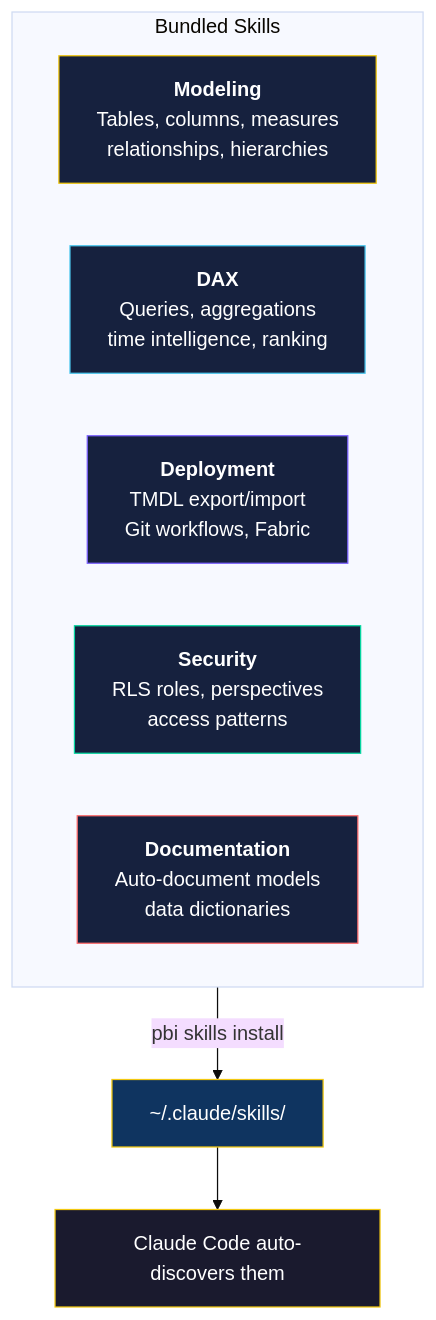
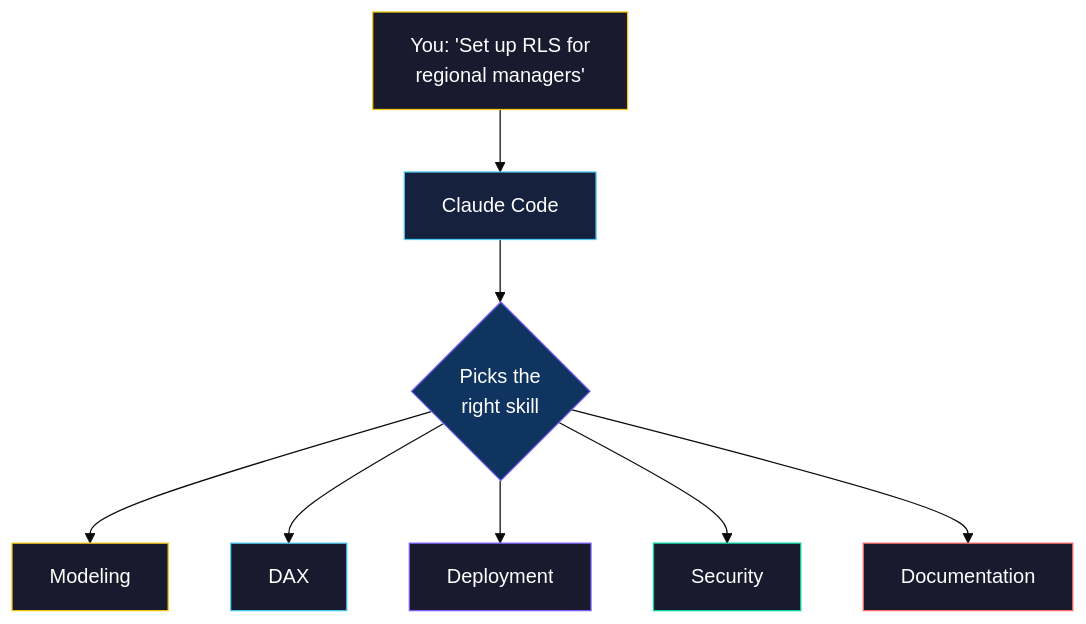
The second of 3 diagrams in README.md (adamreichenbach/pbi-cli), drawn with Mermaid (base theme) before and after one commit. The commit also changed other lines of this file, not shown here.

First line of the commit message:
docs: restructure README around skills-first workflow

````diff
--- a/README.md
+++ b/README.md
@@ -229,21 +64,19 @@
 ```mermaid
 graph TD
-    subgraph Skills["Bundled Skills"]
-        S1["<b>Modeling</b><br/>Tables, columns, measures<br/>relationships, hierarchies"]
-        S2["<b>DAX</b><br/>Queries, aggregations<br/>time intelligence, ranking"]
-        S3["<b>Deployment</b><br/>TMDL export/import<br/>Git workflows, Fabric"]
-        S4["<b>Security</b><br/>RLS roles, perspectives<br/>access patterns"]
-        S5["<b>Documentation</b><br/>Auto-document models<br/>data dictionaries"]
-    end
+    YOU["You: 'Set up RLS for<br/>regional managers'"] --> CC["Claude Code"]
+    CC --> SK{"Picks the<br/>right skill"}
+    SK --> S1["Modeling"]
+    SK --> S2["DAX"]
+    SK --> S3["Deployment"]
+    SK --> S4["Security"]
+    SK --> S5["Documentation"]
 
-    Skills -->|"pbi skills install"| CC["~/.claude/skills/"]
-    CC --> AI["Claude Code auto-discovers them"]
-
-    style S1 fill:#16213e,stroke:#f2c811,color:#fff
-    style S2 fill:#16213e,stroke:#4cc9f0,color:#fff
-    style S3 fill:#16213e,stroke:#7b61ff,color:#fff
-    style S4 fill:#16213e,stroke:#06d6a0,color:#fff
-    style S5 fill:#16213e,stroke:#ff6b6b,color:#fff
-    style CC fill:#0f3460,stroke:#f2c811,color:#fff
-    style AI fill:#1a1a2e,stroke:#f2c811,color:#fff
+    style YOU fill:#1a1a2e,stroke:#f2c811,color:#fff
+    style CC fill:#16213e,stroke:#4cc9f0,color:#fff
+    style SK fill:#0f3460,stroke:#7b61ff,color:#fff
+    style S1 fill:#1a1a2e,stroke:#f2c811,color:#fff
+    style S2 fill:#1a1a2e,stroke:#4cc9f0,color:#fff
+    style S3 fill:#1a1a2e,stroke:#7b61ff,color:#fff
+    style S4 fill:#1a1a2e,stroke:#06d6a0,color:#fff
+    style S5 fill:#1a1a2e,stroke:#ff6b6b,color:#fff
 ```
````
